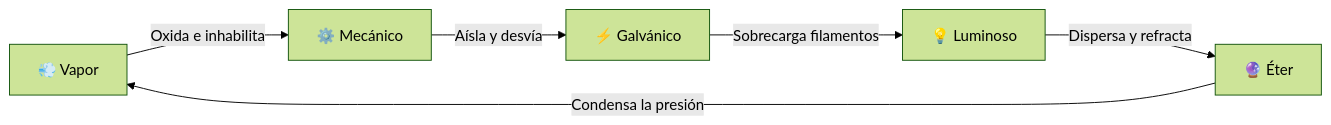
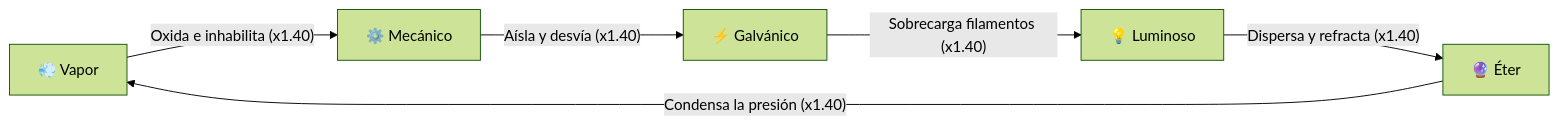
The second of 3 diagrams in README.md (cjbaezilla/Hackathon-Decentraland-Golems-World), drawn with Mermaid (forest theme) before and after one commit. The commit also changed other lines of this file and 16 other files, not shown here.

````diff
--- a/README.md
+++ b/README.md
@@ -175,8 +175,8 @@
 ```mermaid
 graph LR
-    VAPOR["💨 Vapor"] -->|"Oxida e inhabilita"| MECANICO["⚙️ Mecánico"]
-    MECANICO -->|"Aísla y desvía"| GALVANICO["⚡ Galvánico"]
-    GALVANICO -->|"Sobrecarga filamentos"| LUMINOSO["💡 Luminoso"]
-    LUMINOSO -->|"Dispersa y refracta"| ETER["🔮 Éter"]
-    ETER -->|"Condensa la presión"| VAPOR
+    VAPOR["💨 Vapor"] -->|"Oxida e inhabilita (x1.40)"| MECANICO["⚙️ Mecánico"]
+    MECANICO -->|"Aísla y desvía (x1.40)"| GALVANICO["⚡ Galvánico"]
+    GALVANICO -->|"Sobrecarga filamentos (x1.40)"| LUMINOSO["💡 Luminoso"]
+    LUMINOSO -->|"Dispersa y refracta (x1.40)"| ETER["🔮 Éter"]
+    ETER -->|"Condensa la presión (x1.40)"| VAPOR
 ```
````
